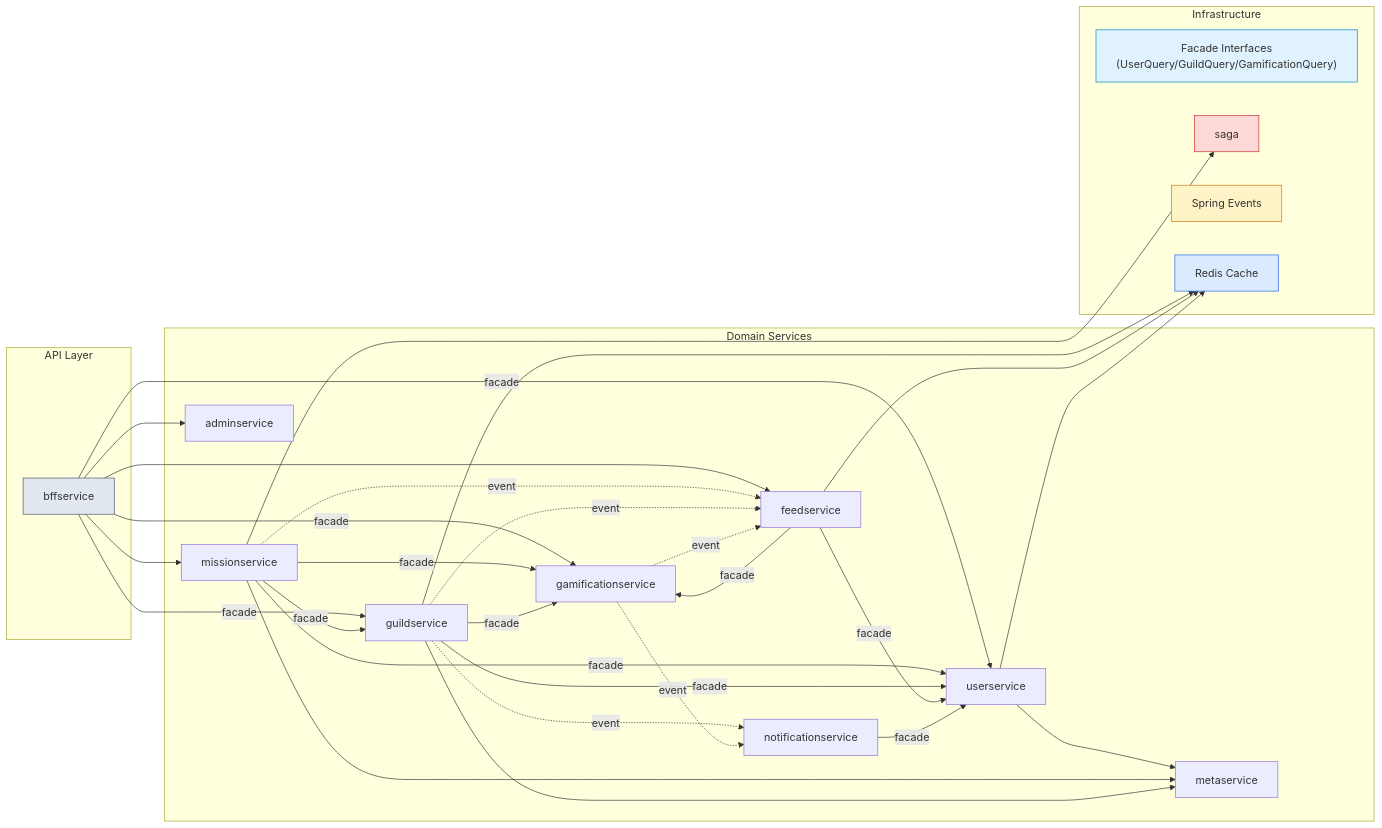
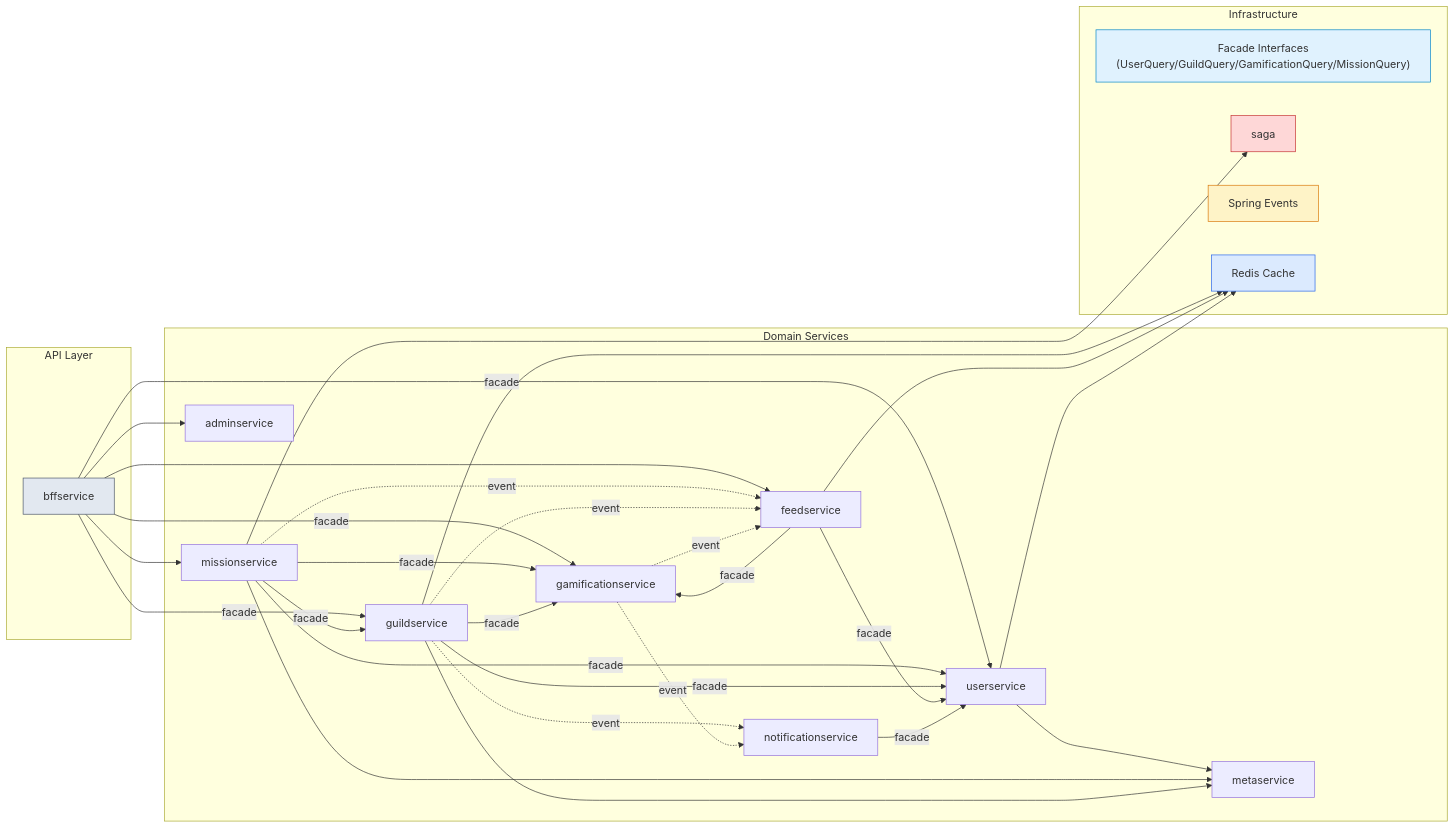
Before and after one commit to Level-Up-Together/product-service: the second of 4 diagrams in README.md, drawn with Mermaid. The commit also changed other lines of this file and 1 other file, not shown here.

Commit message:
docs: facade 목록과 미션북 cascade 표기 갱신

````diff
--- a/README.md
+++ b/README.md
@@ -151,63 +151,63 @@
 ```mermaid
 graph LR
     subgraph "API Layer"
         BFF["bffservice"]
     end
 
     subgraph "Domain Services"
         USER["userservice"]
         MISSION["missionservice"]
         GUILD["guildservice"]
         FEED["feedservice"]
         NOTIF["notificationservice"]
         ADMIN["adminservice"]
         META["metaservice"]
         GAMIF["gamificationservice"]
     end
 
     subgraph "Infrastructure"
-        FACADE["Facade Interfaces<br/>(UserQuery/GuildQuery/GamificationQuery)"]
+        FACADE["Facade Interfaces<br/>(UserQuery/GuildQuery/GamificationQuery/MissionQuery)"]
         SAGA["saga"]
         EVENTS["Spring Events"]
         CACHE["Redis Cache"]
     end
 
     BFF -->|facade| USER
     BFF -->|facade| GUILD
     BFF -->|facade| GAMIF
     BFF --> MISSION
     BFF --> FEED
     BFF --> ADMIN
 
     MISSION -->|facade| USER
     MISSION -->|facade| GUILD
     MISSION -->|facade| GAMIF
     MISSION --> SAGA
     MISSION -.->|event| FEED
 
     GUILD -->|facade| USER
     GUILD -->|facade| GAMIF
     GUILD -.->|event| FEED
     GUILD -.->|event| NOTIF
     GUILD --> CACHE
 
     FEED -->|facade| USER
     FEED -->|facade| GAMIF
     FEED --> CACHE
 
     NOTIF -->|facade| USER
 
     USER --> META
     USER --> CACHE
     MISSION --> META
     GUILD --> META
 
     GAMIF -.->|event| NOTIF
     GAMIF -.->|event| FEED
 
     style BFF fill:#e2e8f0,stroke:#4a5568
     style FACADE fill:#e0f2fe,stroke:#0284c7
     style SAGA fill:#fed7d7,stroke:#c53030
     style EVENTS fill:#fef3c7,stroke:#d97706
     style CACHE fill:#dbeafe,stroke:#2563eb
 ```
````
